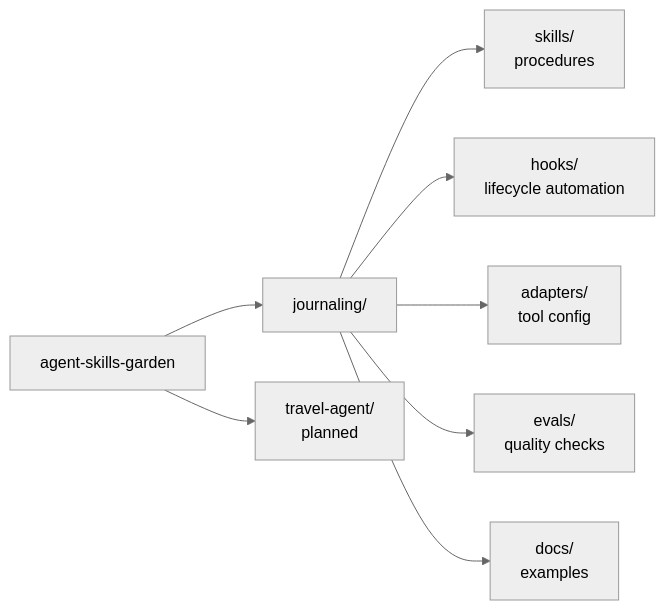
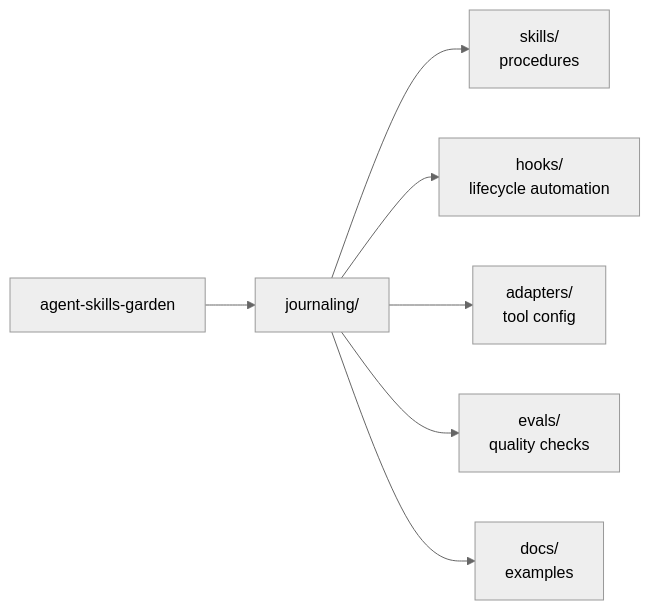
One commit to aidandevv/agent-skills-garden changed the diagram in README.md. Above: the diagram before and after it, drawn with Mermaid (neutral theme). The commit also changed other lines of this file and 1 other file, not shown here.

````diff
--- a/README.md
+++ b/README.md
@@ -16,11 +15,10 @@
 ```mermaid
 flowchart LR
   Garden["agent-skills-garden"] --> Journaling["journaling/"]
-  Garden --> Travel["travel-agent/<br/>planned"]
 
   Journaling --> Skills["skills/<br/>procedures"]
   Journaling --> Hooks["hooks/<br/>lifecycle automation"]
   Journaling --> Adapters["adapters/<br/>tool config"]
   Journaling --> Evals["evals/<br/>quality checks"]
   Journaling --> Docs["docs/<br/>examples"]
 ```
````
